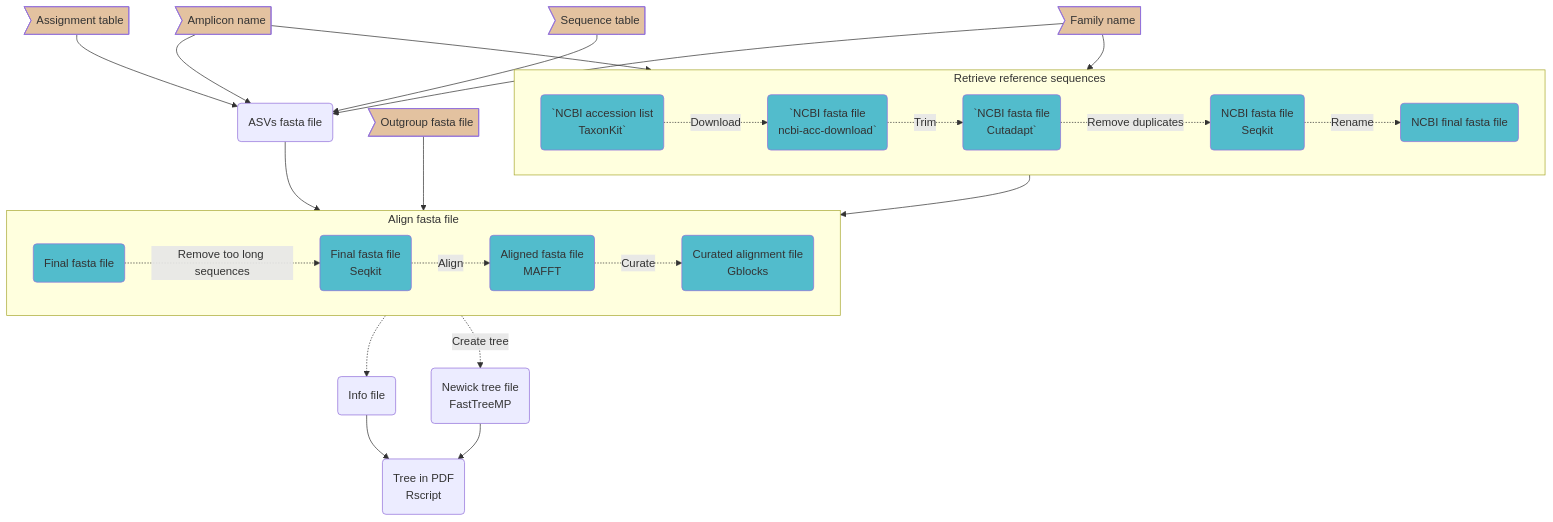
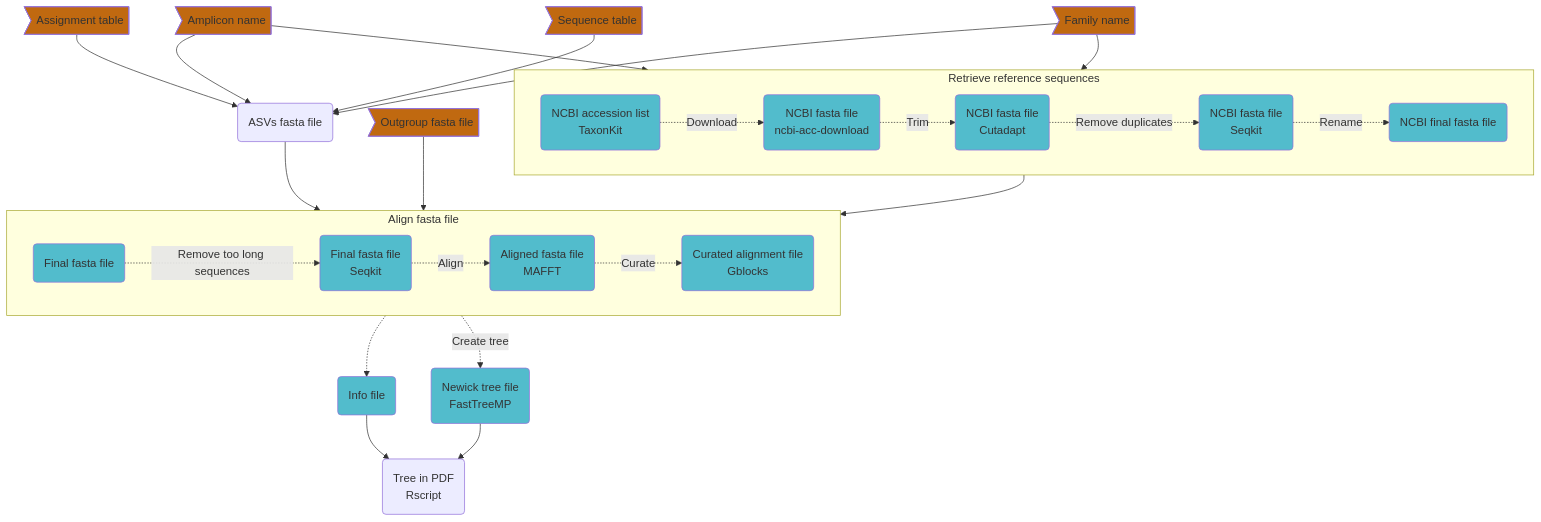
Before and after one commit to Enorya/Phylo-tree_eDNA: the diagram in README.md, drawn with Mermaid.

````diff
--- a/README.md
+++ b/README.md
@@ -20,48 +20,48 @@
 ```mermaid
 flowchart TB
 	amplicon>Amplicon name]
 	family>Family name]
 	Assign>Assignment table]
 	Seq>Sequence table]
 	Out>Outgroup fasta file]
-	step1(`NCBI accession list
-TaxonKit`)
-	step2(`NCBI fasta file
-ncbi-acc-download`)
-	step3(`NCBI fasta file
-Cutadapt`)
+	step1(NCBI accession list
+TaxonKit)
+	step2(NCBI fasta file
+ncbi-acc-download)
+	step3(NCBI fasta file
+Cutadapt)
 	step4(NCBI fasta file
 Seqkit)
 	step5(NCBI final fasta file)
 	step6(ASVs fasta file)
 	step7(Final fasta file)
 	step8(Final fasta file
 Seqkit)
 	step9(Aligned fasta file
 MAFFT)
 	step10(Curated alignment file
 Gblocks)
 	step11(Newick tree file
 FastTreeMP)
 	step12(Info file)
 	step13(Tree in PDF
 Rscript)
 
 	subgraph "Retrieve reference sequences"
 		direction LR
         	step1:::blue -.->|Download| step2:::blue -.->|Trim| step3:::blue -.->|Remove duplicates| step4:::blue -.->|Rename| step5:::blue
 	end
 	subgraph "Align fasta file"
 		direction LR
         	step7:::blue -.->|Remove too long sequences| step8:::blue -.->|Align| step9:::blue -.->|Curate| step10:::blue
 	end
 	amplicon:::red --> step1
 	family:::red --> step1
 	amplicon:::red & Assign:::red & Seq:::red & family:::red --> step6
 	step5 & Out:::red & step6 --> step7
-	step10 -.-> step12 --> step13
-	step10 -.->|Create tree| step11 --> step13
-	classDef red fill:#e3c2a0
+	step10 -.-> step12:::blue --> step13
+	step10 -.->|Create tree| step11:::blue --> step13
+	classDef red fill:#c06910
 	classDef blue fill:#52bccc
 
 ```
````
